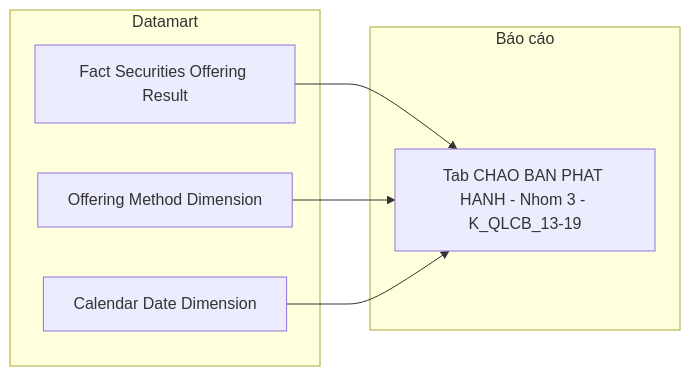
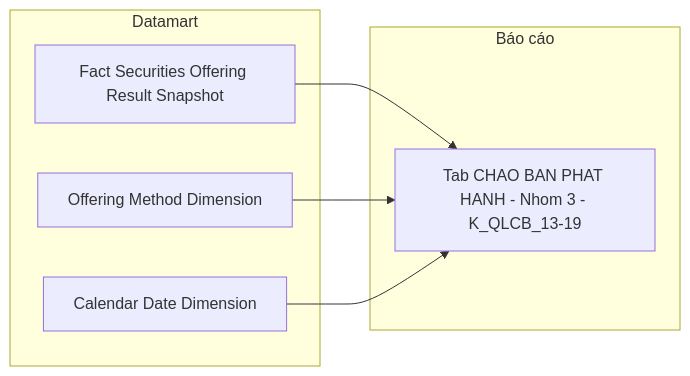
One commit to linhlvit/ubck_atomic_design changed diagram 11 of 22 in Datamart/hld/DTM_QLCB_HLD.md. Above: the diagram before and after it, drawn with Mermaid. The commit also changed other lines of this file and 70 other files, not shown here.

````diff
--- a/Datamart/hld/DTM_QLCB_HLD.md
+++ b/Datamart/hld/DTM_QLCB_HLD.md
@@ -545,14 +548,14 @@
 ```mermaid
 flowchart LR
     subgraph Datamart["Datamart"]
-        G1["Fact Securities Offering Result"]
+        G1["Fact Securities Offering Result Snapshot"]
         G3["Offering Method Dimension"]
         G4["Calendar Date Dimension"]
     end
     subgraph RPT["Báo cáo"]
         R3["Tab CHAO BAN PHAT HANH - Nhom 3 - K_QLCB_13-19"]
     end
     G1 --> R3
     G3 --> R3
     G4 --> R3
 ```
````
